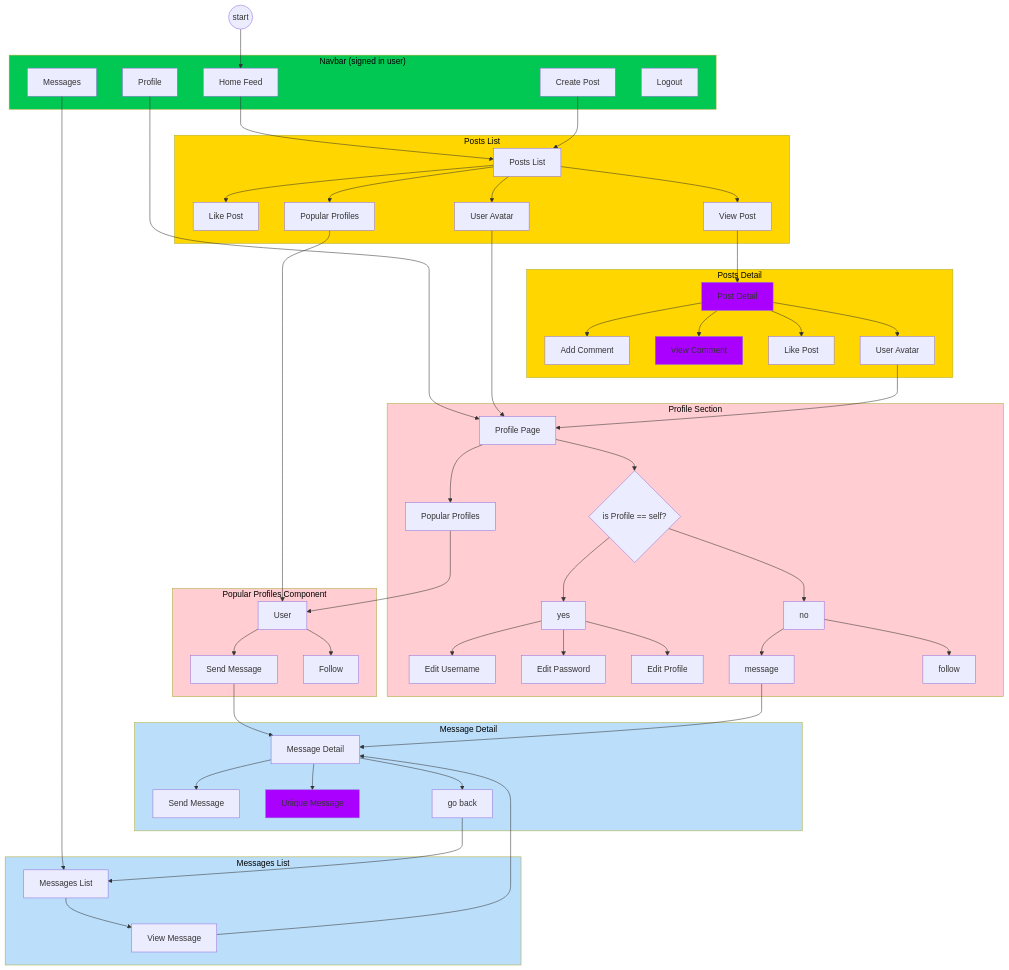
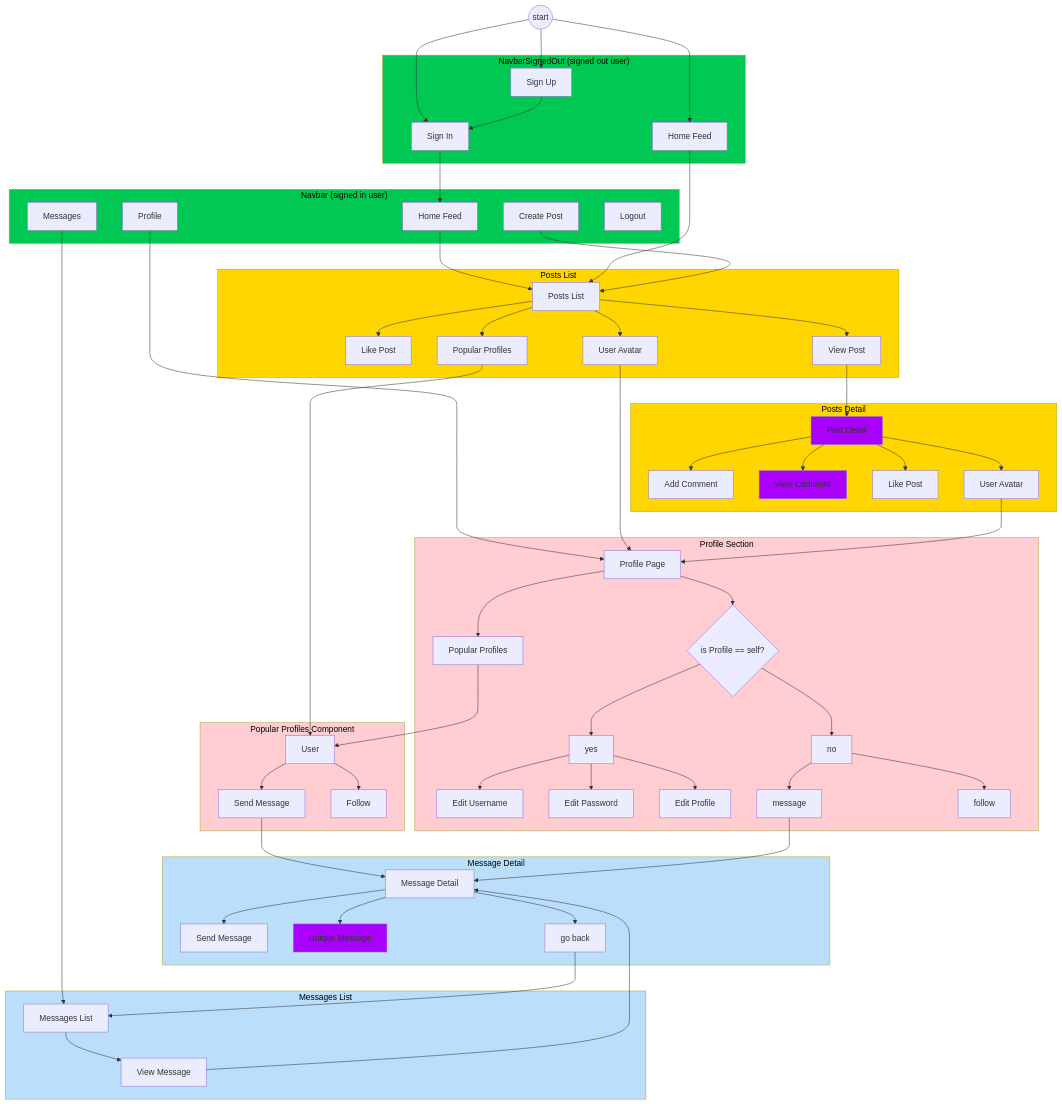
The diagram in readme_react.md (lmcrean/odyssey-docs), drawn with Mermaid before and after one commit. The commit also changed 2 other files, not shown here.

Commit message:
feat: Add signed out user navigation to the navbar

````diff
--- a/readme_react.md
+++ b/readme_react.md
@@ -106,5 +106,10 @@
 ```mermaid
 flowchart TD
+subgraph NavbarSignedout["NavbarSignedOut (signed out user)"]
+        NC["Home Feed"]
+        NA["Sign In"]
+        NB["Sign Up"]
+  end
  subgraph Navbar["Navbar (signed in user)"]
         A["Home Feed"]
         B["Create Post"]
@@ -153,8 +158,10 @@
         WW["Send Message"]
         XX["Follow"]
   end
-    AI(("start")) --> A
-    A --> F
+    AI(("start")) --> NA & NB & NC
+    NB --> NA
+    NA --> A
+    A & NC --> F
     B --> F
     D --> N
     C --> S
@@ -180,6 +187,7 @@
     style AC fill:#AA00FF
     style X fill:#AA00FF
     style Navbar fill:#00C853,color:#000000
+    style NavbarSignedout fill:#00C853,color:#000000
     style PostsList fill:#FFD600,color:#000000
     style PostsDetail fill:#FFD600,color:#000000
     style MessageList fill:#BBDEFB,color:#000000
````
